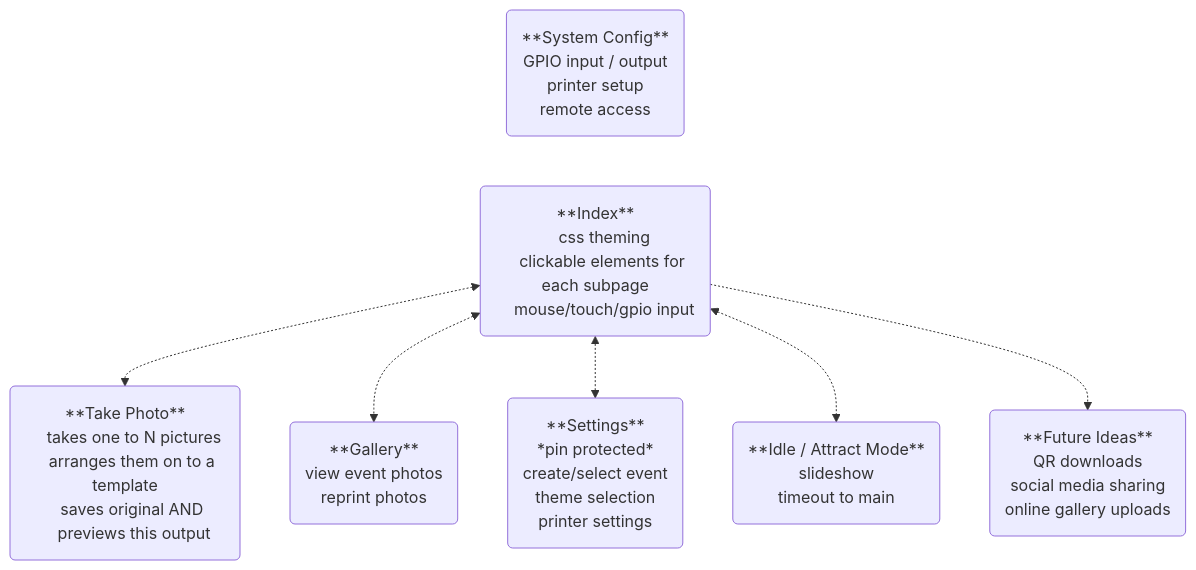
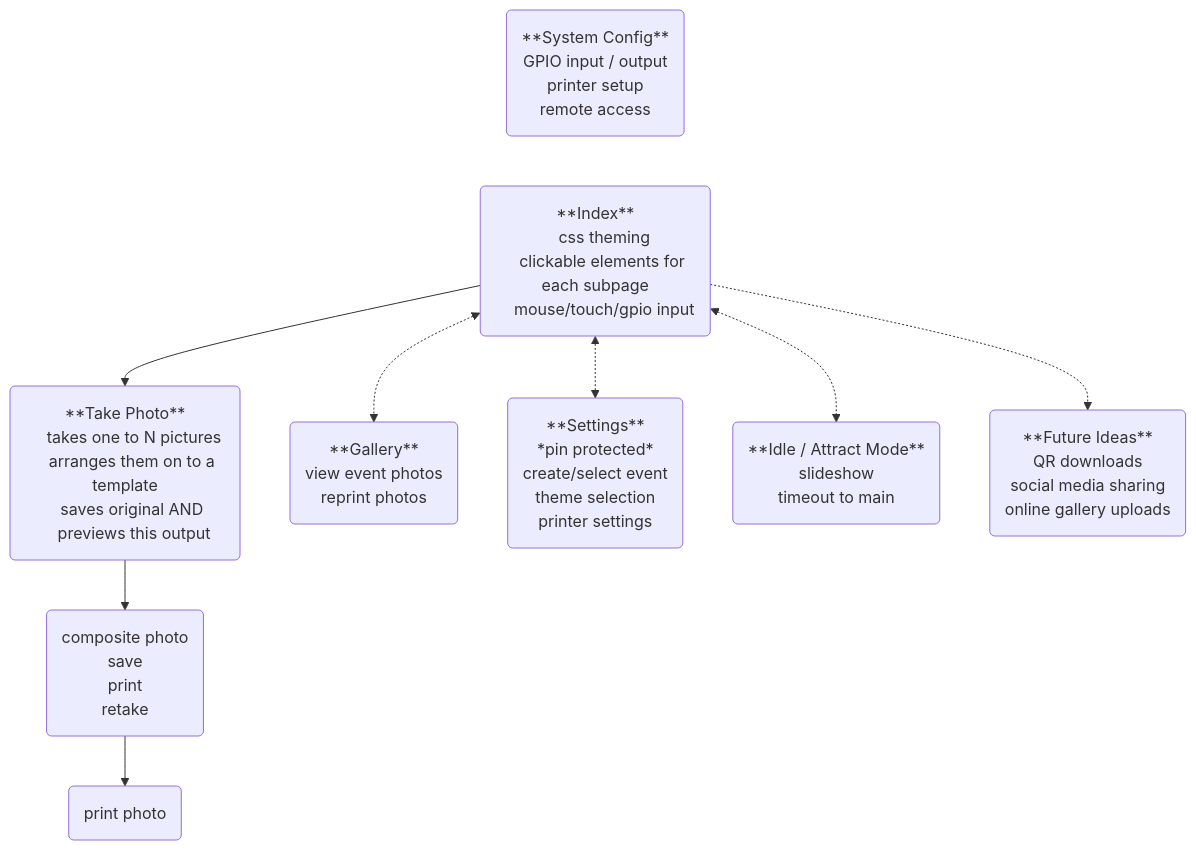
Before and after one commit to omgsideburns/phototron: the diagram in docs/chart.mmd, drawn with Mermaid. The commit also changed 17 other files, not shown here.

```diff
--- a/docs/chart.mmd
+++ b/docs/chart.mmd
@@ -1,52 +1,65 @@
 flowchart TD
 
 a(
     **Index**
     css theming
     clickable elements for each subpage
     mouse/touch/gpio input
 )
 
 b(
     **Take Photo**
     takes one to N pictures
     arranges them on to a template
     saves original AND 
     previews this output
+)
+
+b1(
+    composite photo
+    save
+    print
+    retake
+)
+
+b2(
+    print photo
 )
 
 c(
     **Gallery**
     view event photos
     reprint photos
 )
 
 d(
     **Settings**
     *pin protected*
     create/select event
     theme selection
     printer settings
 )
 
 e(
     **System Config**
     GPIO input / output
     printer setup
     remote access
 )
 
 g(
     **Idle / Attract Mode**
     slideshow
     timeout to main
 )
 f(
     **Future Ideas**
     QR downloads
     social media sharing
     online gallery uploads
 )
 e ~~~ a
-a <-.-> b & c & d & g
+a --> b --> b1 --> b2
+
+a <-.-> c & d & g
 a -.-> f
```
